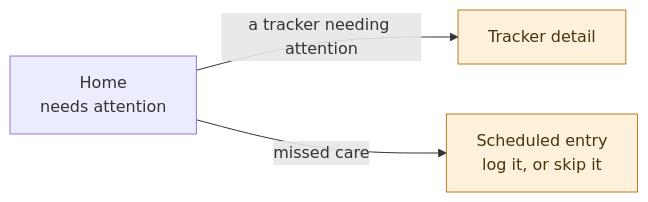
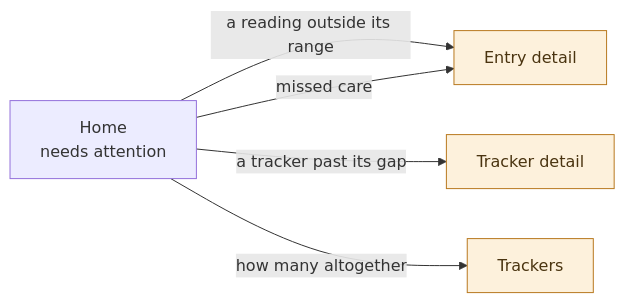
One commit to care-giver-app/caregiver-v2 changed the fifth of 15 diagrams in docs/PRD.md. Above: the diagram before and after it, drawn with Mermaid. The commit also changed other lines of this file and 3 other files, not shown here.

````diff
--- a/docs/PRD.md
+++ b/docs/PRD.md
@@ -406,12 +478,15 @@
 ```mermaid
 flowchart LR
     Home["Home<br/>needs attention"]
     TrackerDetail["Tracker detail"]
-    ScheduledEntry["Scheduled entry<br/>log it, or skip it"]
+    Entry["Entry detail"]
+    Trackers["Trackers"]
 
-    Home -- "a tracker needing attention" --> TrackerDetail
-    Home -- "missed care" --> ScheduledEntry
+    Home -- "a reading outside its range" --> Entry
+    Home -- "missed care" --> Entry
+    Home -- "a tracker past its gap" --> TrackerDetail
+    Home -- "how many altogether" --> Trackers
 
     classDef handoff fill:#FDF1DC,stroke:#B8791F,color:#4A3410
-    class TrackerDetail,ScheduledEntry handoff
+    class TrackerDetail,Entry,Trackers handoff
 ```
````
